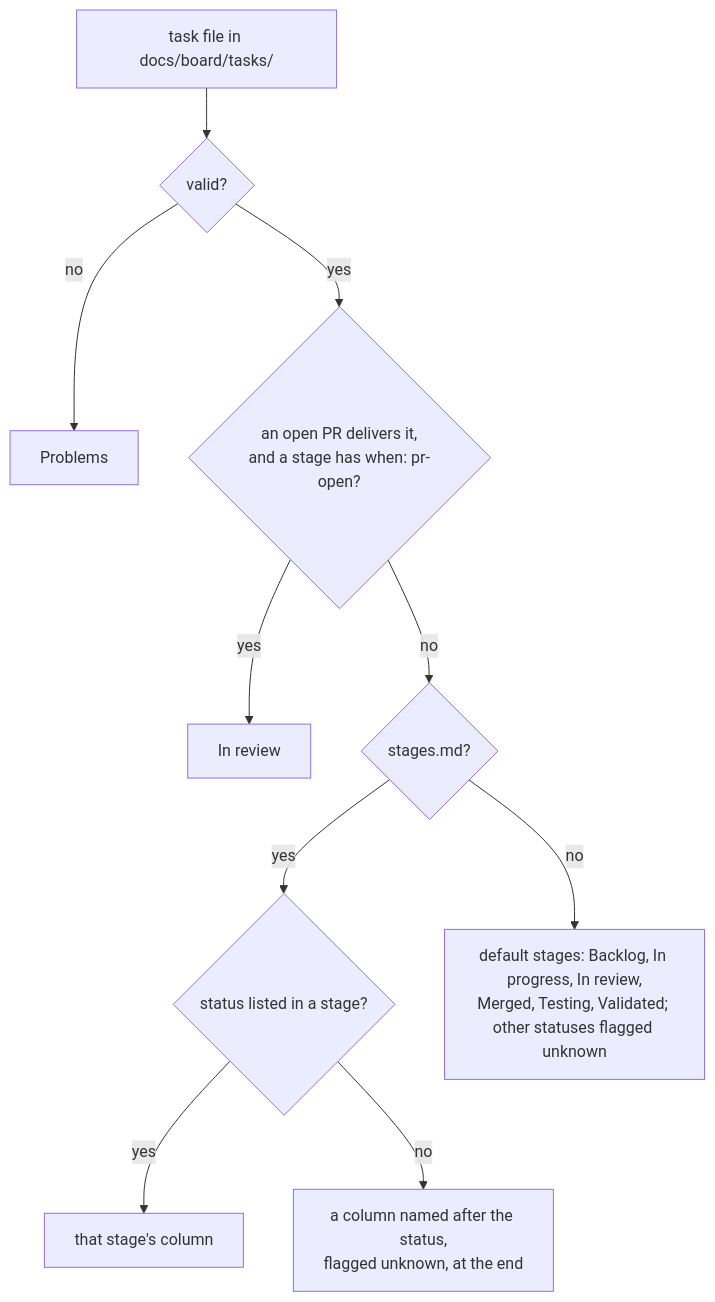
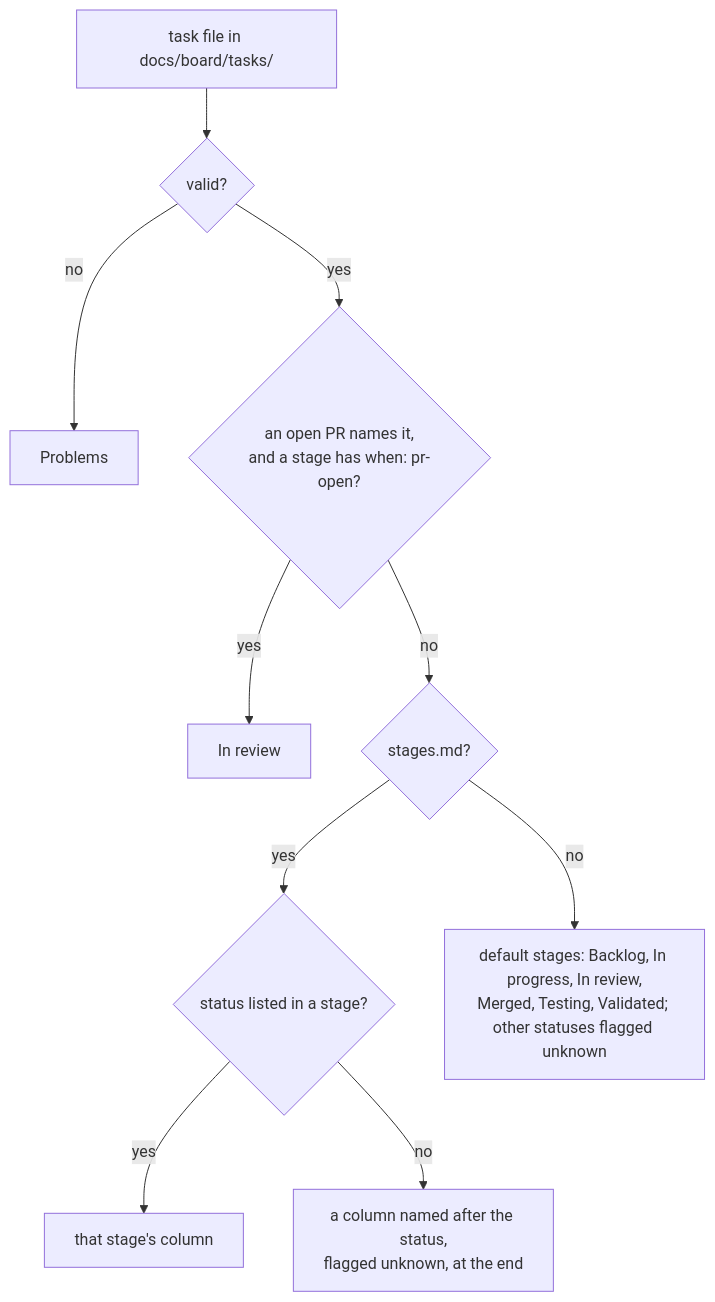
The fourth of 6 diagrams in docs/architecture.md (milos-sikic-nimbus-tech/fuda), drawn with Mermaid before and after one commit. The commit also changed other lines of this file and 28 other files, not shown here.

First line of the commit message:
Put Tasks In review when an open PR in a code repository names them

````diff
--- a/docs/architecture.md
+++ b/docs/architecture.md
@@ -166,12 +166,12 @@
 ```mermaid
 flowchart TD
   F["task file in docs/board/tasks/"] --> V{"valid?"}
   V -- no --> PB["Problems"]
-  V -- yes --> PRQ{"an open PR delivers it,<br/>and a stage has when: pr-open?"}
+  V -- yes --> PRQ{"an open PR names it,<br/>and a stage has when: pr-open?"}
   PRQ -- yes --> IR["In review"]
   PRQ -- no --> ST{"stages.md?"}
   ST -- yes --> M{"status listed in a stage?"}
   M -- yes --> COL["that stage's column"]
   M -- no --> UNK["a column named after the status,<br/>flagged unknown, at the end"]
   ST -- no --> DEF["default stages: Backlog, In progress, In review,<br/>Merged, Testing, Validated; other statuses flagged unknown"]
 ```
````
